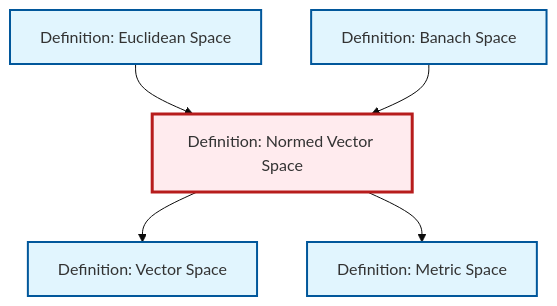
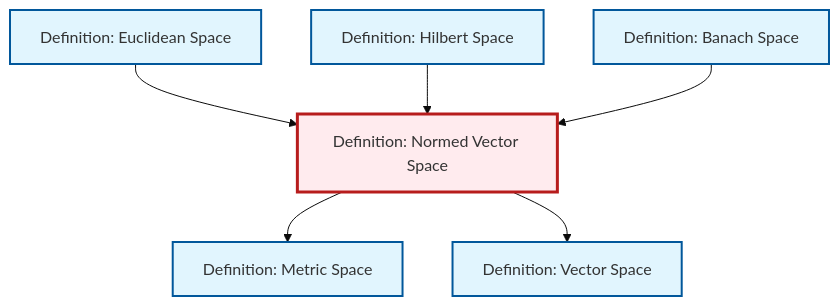
Before and after one commit to RK0429/ModernMath: the diagram in content/en/analysis/def-normed-vector-space.qmd, drawn with Mermaid (base theme). The commit also changed 597 other files, not shown here.

````diff
--- a/content/en/analysis/def-normed-vector-space.qmd
+++ b/content/en/analysis/def-normed-vector-space.qmd
@@ -131,23 +131,26 @@
 ```{mermaid}
 %%| fig-cap: "Local dependency graph"
 graph TD
     classDef definition fill:#e1f5fe,stroke:#01579b,stroke-width:2px
     classDef theorem fill:#f3e5f5,stroke:#4a148c,stroke-width:2px
     classDef axiom fill:#fff3e0,stroke:#e65100,stroke-width:2px
     classDef example fill:#e8f5e9,stroke:#1b5e20,stroke-width:2px
     classDef current fill:#ffebee,stroke:#b71c1c,stroke-width:3px
+    def-euclidean-space["Definition: Euclidean Space"]:::definition
     def-vector-space["Definition: Vector Space"]:::definition
+    def-metric-space["Definition: Metric Space"]:::definition
+    def-banach-space["Definition: Banach Space"]:::definition
     def-normed-vector-space["Definition: Normed Vector Space"]:::definition
-    def-euclidean-space["Definition: Euclidean Space"]:::definition
-    def-banach-space["Definition: Banach Space"]:::definition
-    def-metric-space["Definition: Metric Space"]:::definition
+    def-hilbert-space["Definition: Hilbert Space"]:::definition
+    def-normed-vector-space --> def-metric-space
+    def-normed-vector-space --> def-vector-space
     def-euclidean-space --> def-normed-vector-space
+    def-hilbert-space --> def-normed-vector-space
     def-banach-space --> def-normed-vector-space
-    def-normed-vector-space --> def-vector-space
-    def-normed-vector-space --> def-metric-space
     class def-normed-vector-space current
+    click def-euclidean-space "def-euclidean-space.html" "Go to Euclidean Space definition"
     click def-vector-space "def-vector-space.html" "Go to Vector Space definition"
-    click def-euclidean-space "def-euclidean-space.html" "Go to Euclidean Space definition"
+    click def-metric-space "def-metric-space.html" "Go to Metric Space definition"
     click def-banach-space "def-banach-space.html" "Go to Banach Space definition"
-    click def-metric-space "def-metric-space.html" "Go to Metric Space definition"
+    click def-hilbert-space "def-hilbert-space.html" "Go to Hilbert Space definition"
 ```
````
